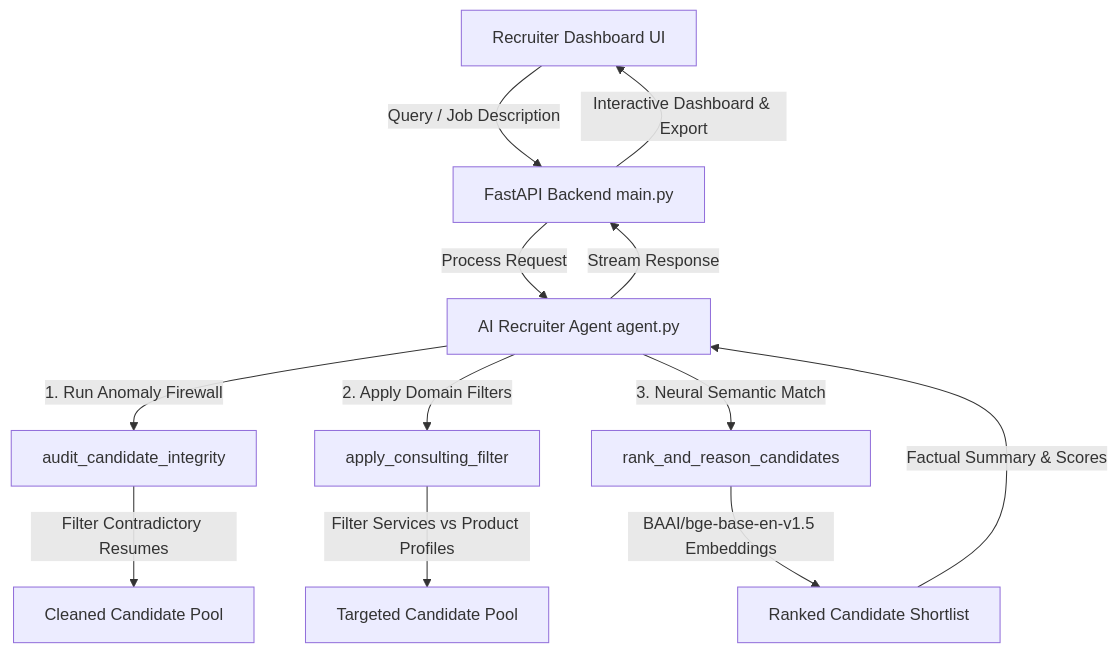
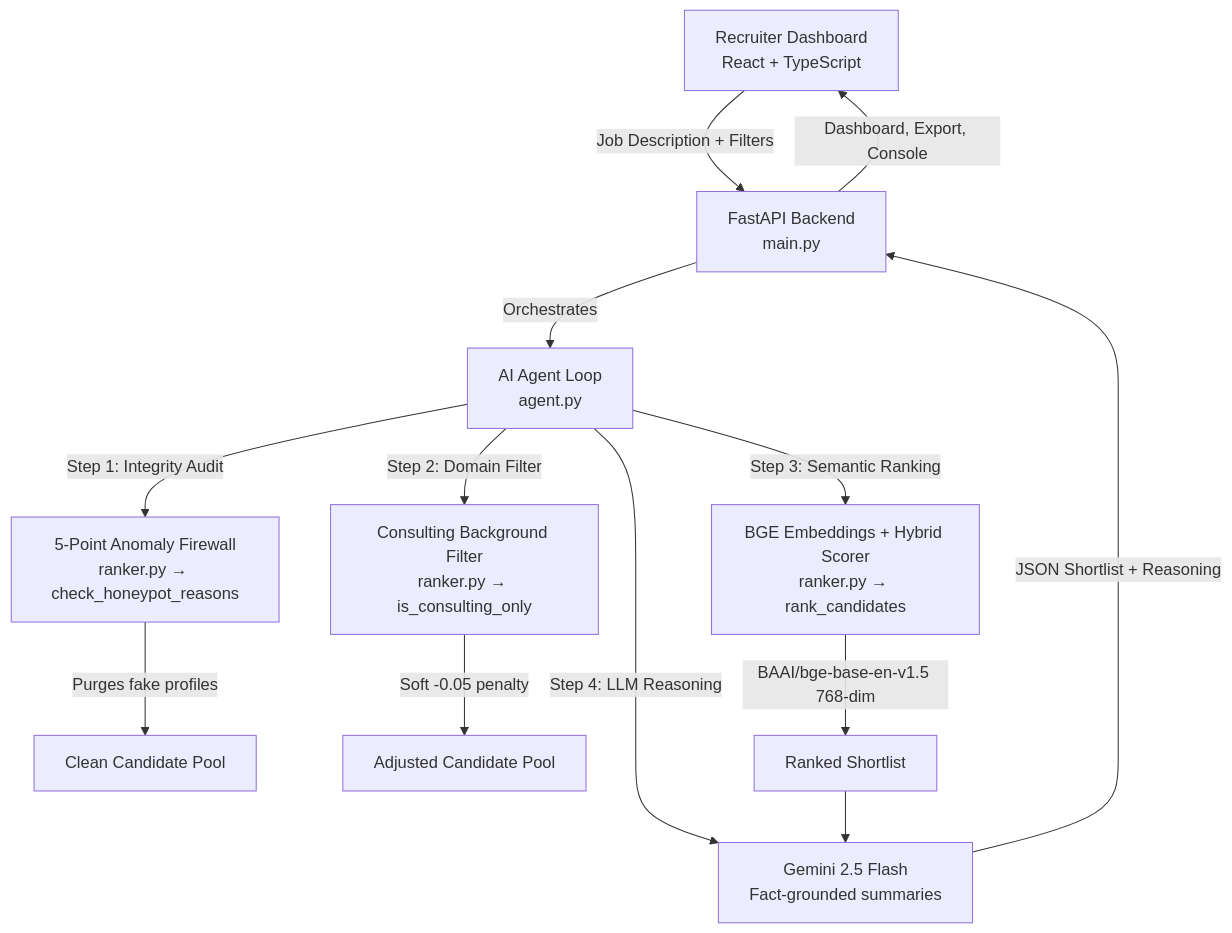
Before and after one commit to Parth-kulkarni300/Beginner-s-Paradise-recruit: the diagram in README.md, drawn with Mermaid. The commit also changed other lines of this file, not shown here.

````diff
--- a/README.md
+++ b/README.md
@@ -29,18 +51,20 @@
 ```mermaid
 graph TD
-    A[Recruiter Dashboard UI] -->|Query / Job Description| B[FastAPI Backend main.py]
-    B -->|Process Request| C[AI Recruiter Agent agent.py]
-    
-    C -->|1. Run Anomaly Firewall| D[audit_candidate_integrity]
-    D -->|Filter Contradictory Resumes| E[Cleaned Candidate Pool]
-    
-    C -->|2. Apply Domain Filters| F[apply_consulting_filter]
-    F -->|Filter Services vs Product Profiles| G[Targeted Candidate Pool]
-    
-    C -->|3. Neural Semantic Match| H[rank_and_reason_candidates]
-    H -->|BAAI/bge-base-en-v1.5 Embeddings| I[Ranked Candidate Shortlist]
-    
-    I -->|Factual Summary & Scores| C
-    C -->|Stream Response| B
-    B -->|Interactive Dashboard & Export| A
+    A[Recruiter Dashboard<br/>React + TypeScript] -->|Job Description + Filters| B[FastAPI Backend<br/>main.py]
+    B -->|Orchestrates| C[AI Agent Loop<br/>agent.py]
+
+    C -->|Step 1: Integrity Audit| D[5-Point Anomaly Firewall<br/>ranker.py → check_honeypot_reasons]
+    D -->|Purges fake profiles| E[Clean Candidate Pool]
+
+    C -->|Step 2: Domain Filter| F[Consulting Background Filter<br/>ranker.py → is_consulting_only]
+    F -->|Soft -0.05 penalty| G[Adjusted Candidate Pool]
+
+    C -->|Step 3: Semantic Ranking| H[BGE Embeddings + Hybrid Scorer<br/>ranker.py → rank_candidates]
+    H -->|BAAI/bge-base-en-v1.5 768-dim| I[Ranked Shortlist]
+
+    C -->|Step 4: LLM Reasoning| J[Gemini 2.5 Flash<br/>Fact-grounded summaries]
+
+    I --> J
+    J -->|JSON Shortlist + Reasoning| B
+    B -->|Dashboard, Export, Console| A
 ```
````
